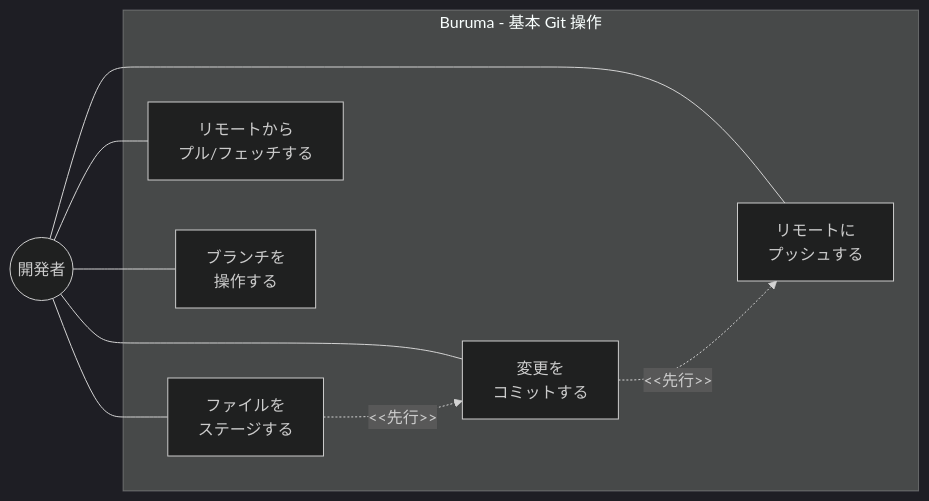
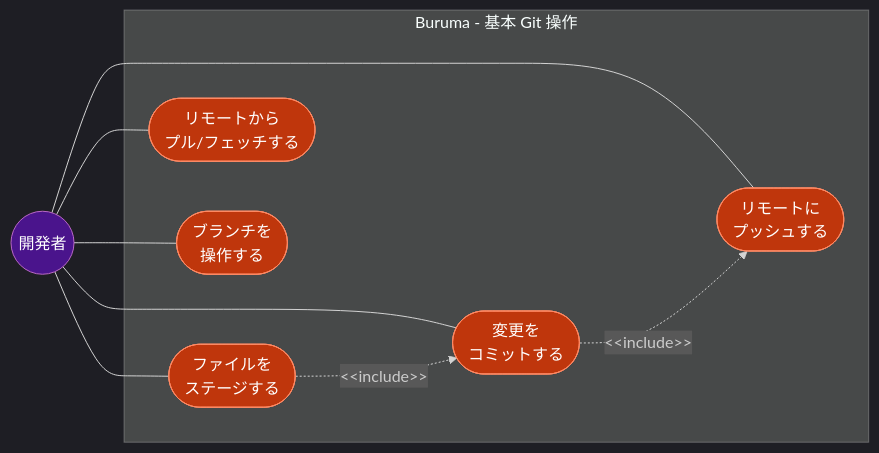
One commit to ToshikiImagawa/Buruma changed the first of 6 diagrams in .sdd/requirement/basic-git-operations.md. Above: the diagram before and after it, drawn with Mermaid. The commit also changed other lines of this file and 2 other files, not shown here.

First line of the commit message:
[docs] Revise *basic-git-operations.md* with updated structure and enhanced details

````diff
--- a/.sdd/requirement/basic-git-operations.md
+++ b/.sdd/requirement/basic-git-operations.md
@@ -61,21 +61,27 @@
 ```mermaid
 %%{init: {'theme': 'dark'}}%%
 flowchart LR
     Developer((開発者))
 
-    subgraph Buruma["Buruma - 基本 Git 操作"]
-        Stage["ファイルを<br/>ステージする"]
-        Commit["変更を<br/>コミットする"]
-        Push["リモートに<br/>プッシュする"]
-        PullFetch["リモートから<br/>プル/フェッチする"]
-        BranchOps["ブランチを<br/>操作する"]
+    subgraph Buruma ["Buruma - 基本 Git 操作"]
+        Stage(["ファイルを<br/>ステージする"])
+        Commit(["変更を<br/>コミットする"])
+        Push(["リモートに<br/>プッシュする"])
+        PullFetch(["リモートから<br/>プル/フェッチする"])
+        BranchOps(["ブランチを<br/>操作する"])
     end
 
     Developer --- Stage
     Developer --- Commit
     Developer --- Push
     Developer --- PullFetch
     Developer --- BranchOps
-    Stage -.->|"<<先行>>"| Commit
-    Commit -.->|"<<先行>>"| Push
+    Stage -.->|"&lt;&lt;include&gt;&gt;"| Commit
+    Commit -.->|"&lt;&lt;include&gt;&gt;"| Push
+
+    classDef actor fill:#4a148c,stroke:#ba68c8,color:#fff
+    classDef usecase fill:#bf360c,stroke:#ff8a65,color:#fff
+
+    class Developer actor
+    class Stage,Commit,Push,PullFetch,BranchOps usecase
 ```
````
